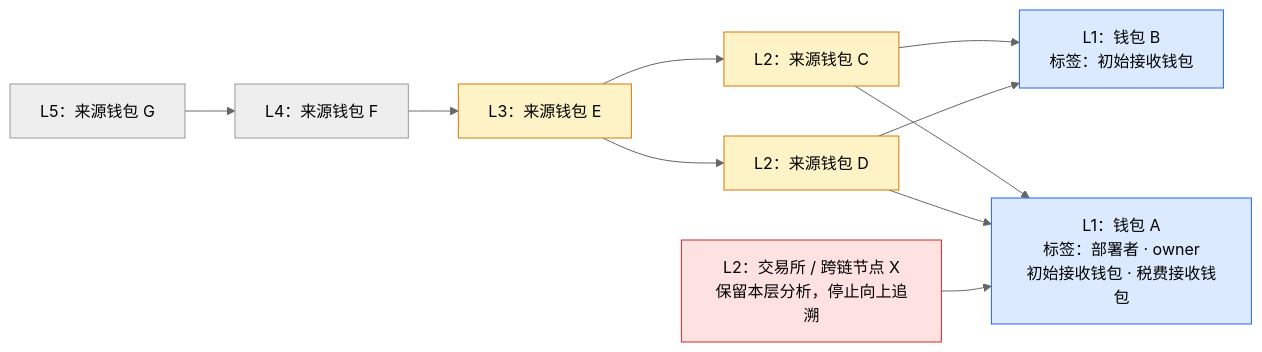
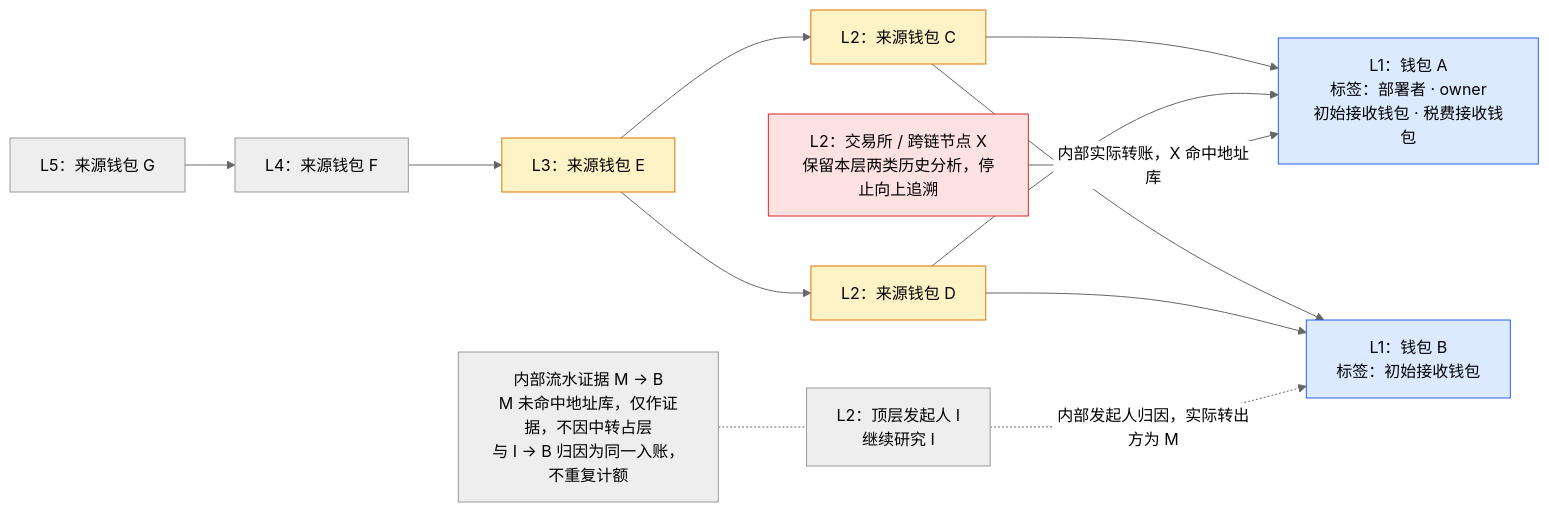
The diagram in docs/requirements/token/token-wallet-funding-graph.md (useryege/athena-o), drawn with Mermaid (neutral theme) before and after one commit. The commit also changed other lines of this file and 19 other files, not shown here.

````diff
--- a/docs/requirements/token/token-wallet-funding-graph.md
+++ b/docs/requirements/token/token-wallet-funding-graph.md
@@ -15,19 +17,21 @@
 ```mermaid
 flowchart LR
     G["L5：来源钱包 G"] --> F["L4：来源钱包 F"]
     F --> E["L3：来源钱包 E"]
     E --> C["L2：来源钱包 C"]
     E --> D["L2：来源钱包 D"]
     C --> A["L1：钱包 A<br/>标签：部署者 · owner<br/>初始接收钱包 · 税费接收钱包"]
     C --> B["L1：钱包 B<br/>标签：初始接收钱包"]
     D --> B
     D --> A
-    X["L2：交易所 / 跨链节点 X<br/>保留本层分析，停止向上追溯"] --> A
+    X["L2：交易所 / 跨链节点 X<br/>保留本层两类历史分析，停止向上追溯"] -->|内部实际转账，X 命中地址库| A
+    I["L2：顶层发起人 I<br/>继续研究 I"] -.->|内部发起人归因，实际转出方为 M| B
+    EVIDENCE["内部流水证据 M → B<br/>M 未命中地址库，仅作证据，不因中转占层<br/>与 I → B 归因为同一入账，不重复计额"] -.- I
 
     classDef direct fill:#dbeafe,stroke:#2563eb
     classDef shared fill:#fef3c7,stroke:#d97706
     classDef terminal fill:#fee2e2,stroke:#dc2626
     class A,B direct
     class C,D,E shared
     class X terminal
 ```
````
